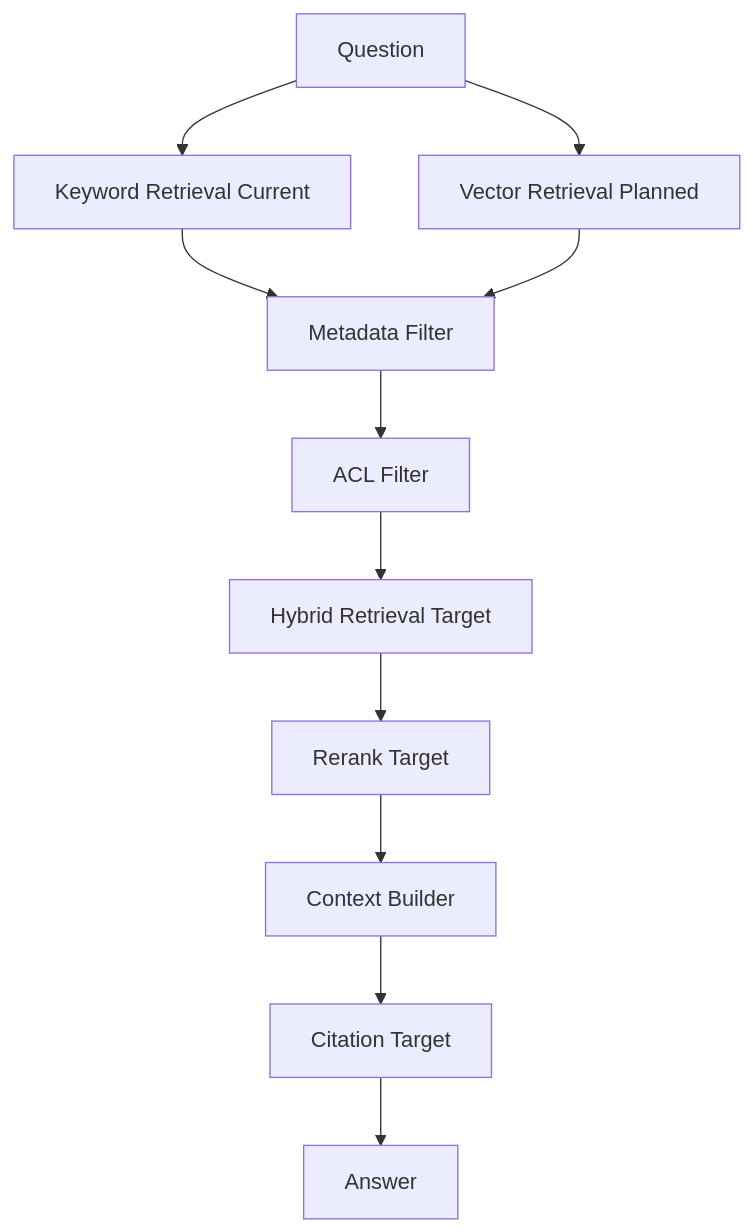
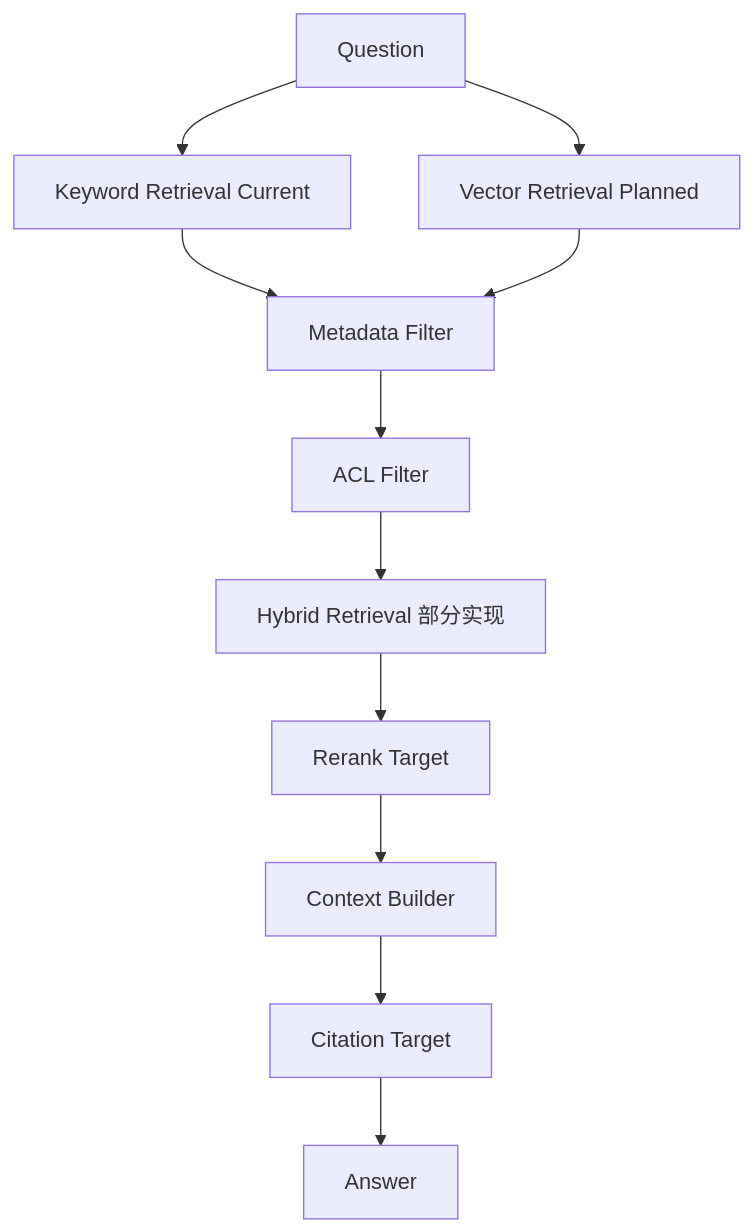
The third of 8 diagrams in ai-lab/ai-learn/retail-insight-ai/docs/ai-agent-retail-handbook-v3/09_系统设计书.md (kurekako2017/vscode_study), drawn with Mermaid before and after one commit. The commit also changed other lines of this file and 24 other files, not shown here.

````diff
--- a/ai-lab/ai-learn/retail-insight-ai/docs/ai-agent-retail-handbook-v3/09_系统设计书.md
+++ b/ai-lab/ai-learn/retail-insight-ai/docs/ai-agent-retail-handbook-v3/09_系统设计书.md
@@ -371,24 +374,24 @@
 ```mermaid
 flowchart TD
     Q[Question]
     KR[Keyword Retrieval Current]
     VR[Vector Retrieval Planned]
     MF[Metadata Filter]
     AF[ACL Filter]
-    HM[Hybrid Retrieval Target]
+    HM[Hybrid Retrieval 部分实现]
     RR[Rerank Target]
     CB[Context Builder]
     CT[Citation Target]
     ANS[Answer]
 
     Q --> KR
     Q --> VR
     KR --> MF
     VR --> MF
     MF --> AF
     AF --> HM
     HM --> RR
     RR --> CB
     CB --> CT
     CT --> ANS
 ```
````
